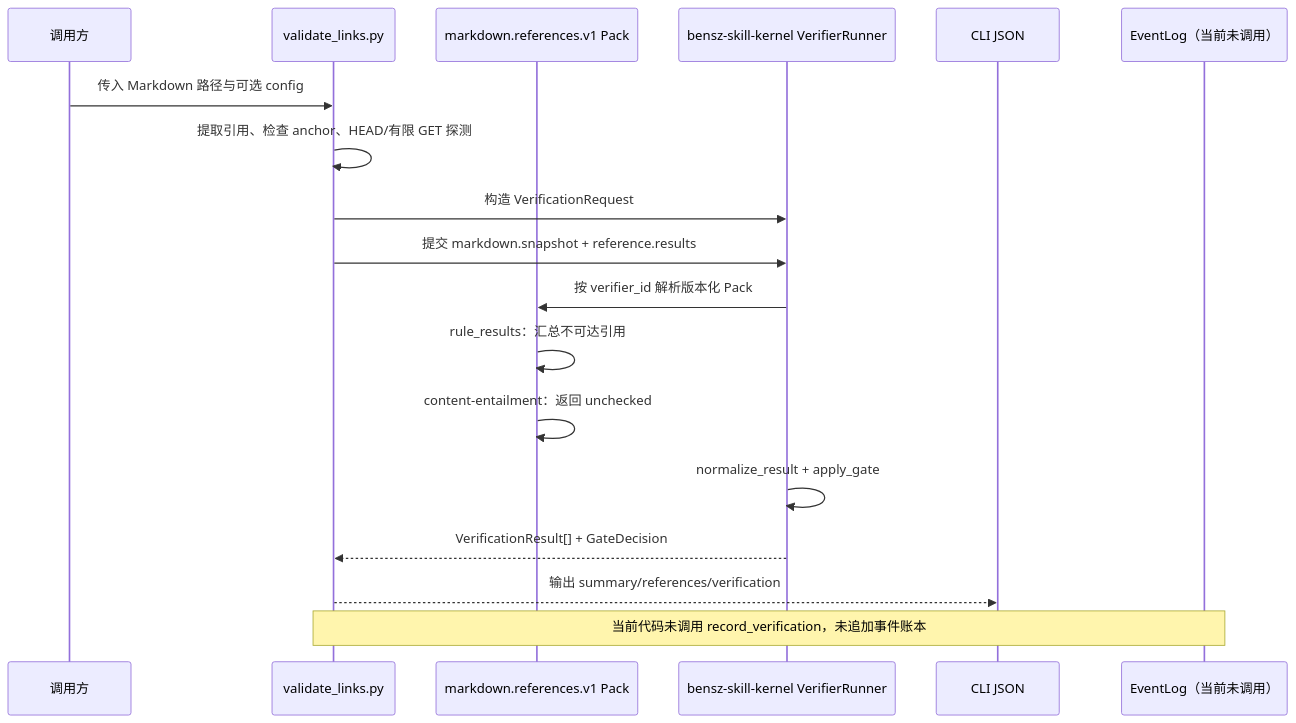
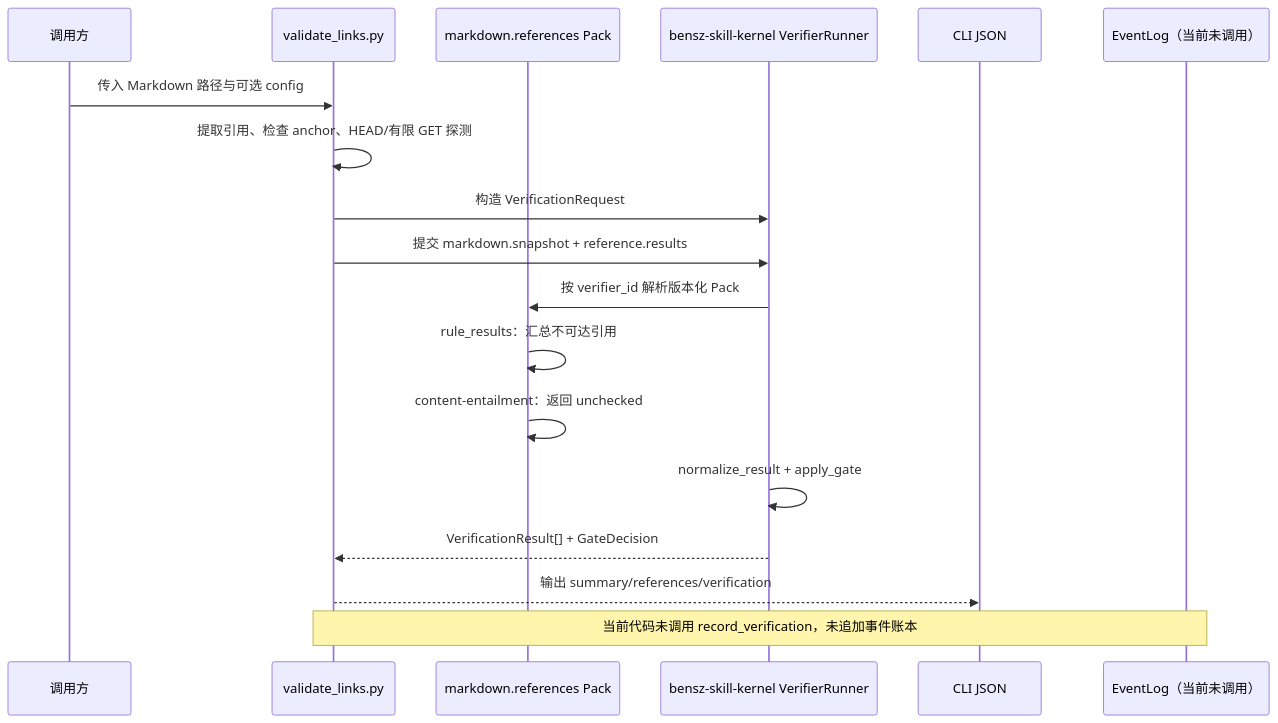
One commit to huangwb8/skills changed the diagram in docs/events/2026-08-26-validate-md-ref与状态机验证器交互调查报告.md. Above: the diagram before and after it, drawn with Mermaid. The commit also changed other lines of this file and 14 other files, not shown here.

````diff
--- a/docs/events/2026-08-26-validate-md-ref与状态机验证器交互调查报告.md
+++ b/docs/events/2026-08-26-validate-md-ref与状态机验证器交互调查报告.md
@@ -41,21 +41,21 @@
 ```mermaid
 sequenceDiagram
     participant U as 调用方
     participant S as validate_links.py
-    participant V as markdown.references.v1 Pack
+    participant V as markdown.references Pack
     participant K as bensz-skill-kernel VerifierRunner
     participant O as CLI JSON
     participant E as EventLog（当前未调用）
 
     U->>S: 传入 Markdown 路径与可选 config
     S->>S: 提取引用、检查 anchor、HEAD/有限 GET 探测
     S->>K: 构造 VerificationRequest
     S->>K: 提交 markdown.snapshot + reference.results
     K->>V: 按 verifier_id 解析版本化 Pack
     V->>V: rule_results：汇总不可达引用
     V->>V: content-entailment：返回 unchecked
     K->>K: normalize_result + apply_gate
     K-->>S: VerificationResult[] + GateDecision
     S-->>O: 输出 summary/references/verification
     Note over S,E: 当前代码未调用 record_verification，未追加事件账本
 ```
````
